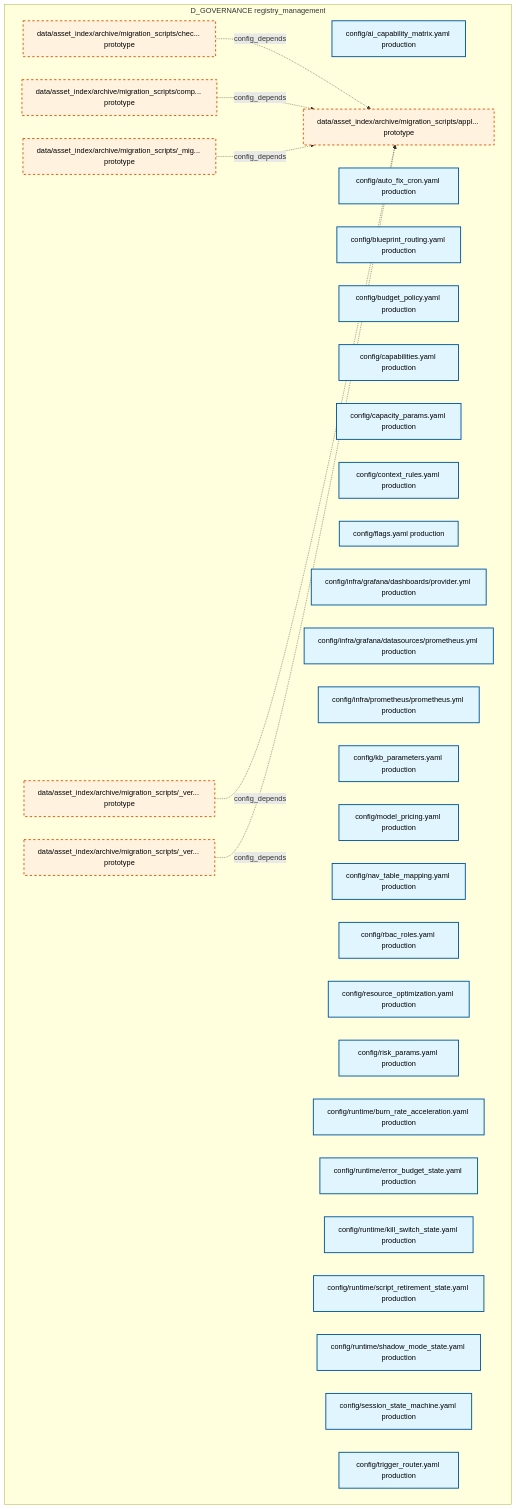
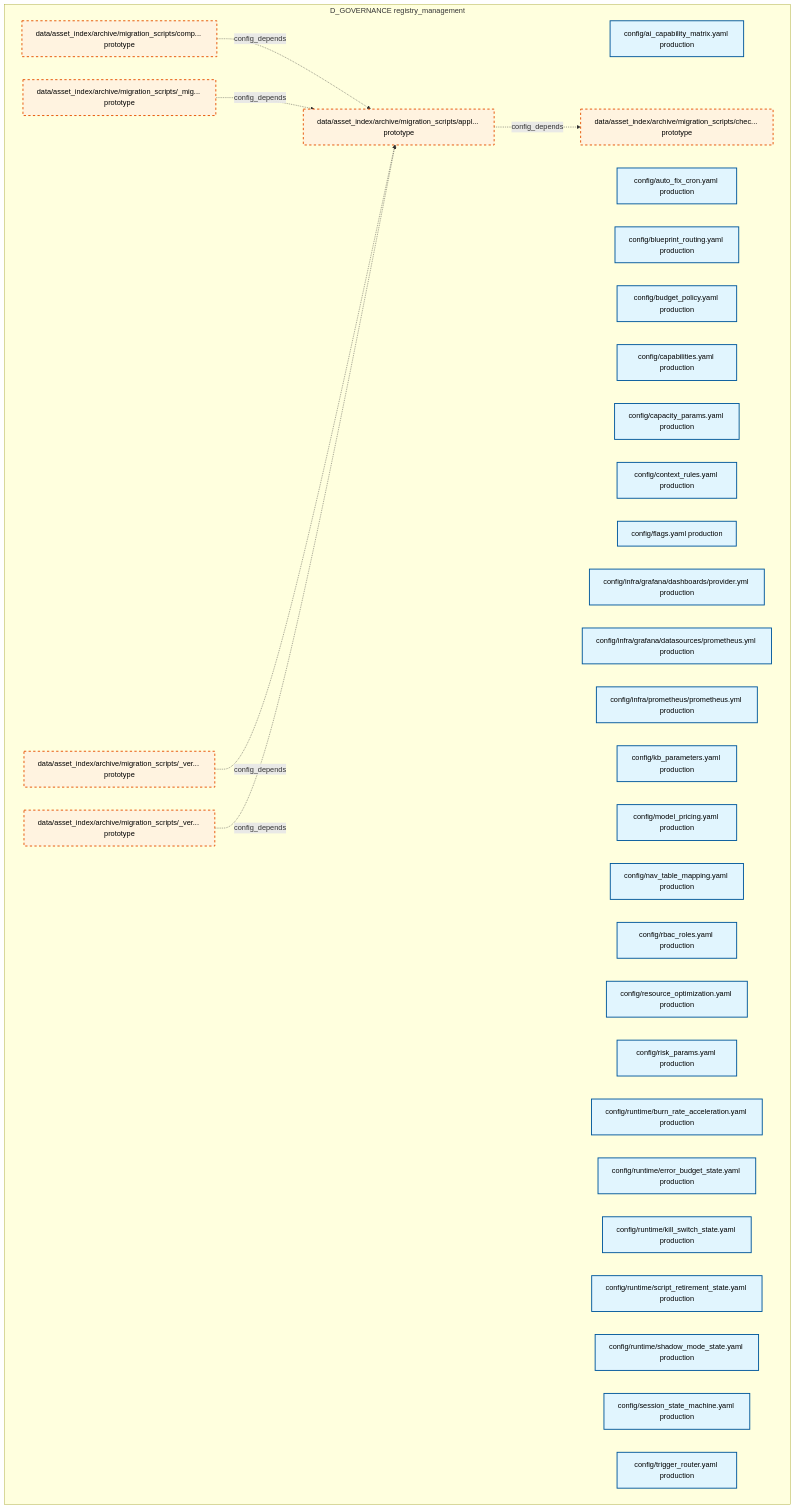
Before and after one commit to xuanFelixVan/ZephyrAlpha: the first of 29 diagrams in docs/02_enterprise_architecture/02_domain_architecture_docs/31_d_governance.md, drawn with Mermaid. The commit also changed other lines of this file and 85 other files, not shown here.

````diff
--- a/docs/02_enterprise_architecture/02_domain_architecture_docs/31_d_governance.md
+++ b/docs/02_enterprise_architecture/02_domain_architecture_docs/31_d_governance.md
@@ -49,46 +49,46 @@
 ```mermaid
 graph TD
     subgraph D_GOVERNANCE["D_GOVERNANCE registry_management"]
         config_ai_capability_matrix_yaml["config/ai_capability_matrix.yaml production"]
         config_auto_fix_cron_yaml["config/auto_fix_cron.yaml production"]
         config_blueprint_routing_yaml["config/blueprint_routing.yaml production"]
         config_budget_policy_yaml["config/budget_policy.yaml production"]
         config_capabilities_yaml["config/capabilities.yaml production"]
         config_capacity_params_yaml["config/capacity_params.yaml production"]
         config_context_rules_yaml["config/context_rules.yaml production"]
         config_flags_yaml["config/flags.yaml production"]
         config_infra_grafana_dashboards_provider_yml["config/infra/grafana/dashboards/provider.yml production"]
         config_infra_grafana_datasources_prometheus_yml["config/infra/grafana/datasources/prometheus.yml production"]
         config_infra_prometheus_prometheus_yml["config/infra/prometheus/prometheus.yml production"]
         config_kb_parameters_yaml["config/kb_parameters.yaml production"]
         config_model_pricing_yaml["config/model_pricing.yaml production"]
         config_nav_table_mapping_yaml["config/nav_table_mapping.yaml production"]
         config_rbac_roles_yaml["config/rbac_roles.yaml production"]
         config_resource_optimization_yaml["config/resource_optimization.yaml production"]
         config_risk_params_yaml["config/risk_params.yaml production"]
         config_runtime_burn_rate_acceleration_yaml["config/runtime/burn_rate_acceleration.yaml production"]
         config_runtime_error_budget_state_yaml["config/runtime/error_budget_state.yaml production"]
         config_runtime_kill_switch_state_yaml["config/runtime/kill_switch_state.yaml production"]
         config_runtime_script_retirement_state_yaml["config/runtime/script_retirement_state.yaml production"]
         config_runtime_shadow_mode_state_yaml["config/runtime/shadow_mode_state.yaml production"]
         config_session_state_machine_yaml["config/session_state_machine.yaml production"]
         config_trigger_router_yaml["config/trigger_router.yaml production"]
         data_asset_index_archive_migration_scripts_migration_shared_py["data/asset_index/archive/migration_scripts/_mig... prototype"]
         data_asset_index_archive_migration_scripts_verify_manifest_py["data/asset_index/archive/migration_scripts/_ver... prototype"]
         data_asset_index_archive_migration_scripts_verify_step4_py["data/asset_index/archive/migration_scripts/_ver... prototype"]
         data_asset_index_archive_migration_scripts_apply_rulings_py["data/asset_index/archive/migration_scripts/appl... prototype"]
         data_asset_index_archive_migration_scripts_check_coverage_py["data/asset_index/archive/migration_scripts/chec... prototype"]
         data_asset_index_archive_migration_scripts_comprehensive_import_fix_py["data/asset_index/archive/migration_scripts/comp... prototype"]
     end
-    data_asset_index_archive_migration_scripts_check_coverage_py -.->|config_depends| data_asset_index_archive_migration_scripts_apply_rulings_py
+    data_asset_index_archive_migration_scripts_apply_rulings_py -.->|config_depends| data_asset_index_archive_migration_scripts_check_coverage_py
     data_asset_index_archive_migration_scripts_comprehensive_import_fix_py -.->|config_depends| data_asset_index_archive_migration_scripts_apply_rulings_py
     data_asset_index_archive_migration_scripts_migration_shared_py -.->|config_depends| data_asset_index_archive_migration_scripts_apply_rulings_py
+    data_asset_index_archive_migration_scripts_verify_manifest_py -.->|config_depends| data_asset_index_archive_migration_scripts_apply_rulings_py
     data_asset_index_archive_migration_scripts_verify_step4_py -.->|config_depends| data_asset_index_archive_migration_scripts_apply_rulings_py
-    data_asset_index_archive_migration_scripts_verify_manifest_py -.->|config_depends| data_asset_index_archive_migration_scripts_apply_rulings_py
     classDef production fill:#e1f5fe,stroke:#01579b,stroke-width:2px,color:#000
     classDef design fill:#fff3e0,stroke:#e65100,stroke-width:2px,color:#000,stroke-dasharray: 5 5
     classDef external_prod fill:#e8f5e9,stroke:#1b5e20,stroke-width:1px,color:#000
     classDef external_design fill:#fce4ec,stroke:#880e4f,stroke-width:1px,color:#000,stroke-dasharray: 5 5
     class config_ai_capability_matrix_yaml,config_auto_fix_cron_yaml,config_blueprint_routing_yaml,config_budget_policy_yaml,config_capabilities_yaml,config_capacity_params_yaml,config_context_rules_yaml,config_flags_yaml,config_infra_grafana_dashboards_provider_yml,config_infra_grafana_datasources_prometheus_yml,config_infra_prometheus_prometheus_yml,config_kb_parameters_yaml,config_model_pricing_yaml,config_nav_table_mapping_yaml,config_rbac_roles_yaml,config_resource_optimization_yaml,config_risk_params_yaml,config_runtime_burn_rate_acceleration_yaml,config_runtime_error_budget_state_yaml,config_runtime_kill_switch_state_yaml,config_runtime_script_retirement_state_yaml,config_runtime_shadow_mode_state_yaml,config_session_state_machine_yaml,config_trigger_router_yaml production
     class data_asset_index_archive_migration_scripts_migration_shared_py,data_asset_index_archive_migration_scripts_verify_manifest_py,data_asset_index_archive_migration_scripts_verify_step4_py,data_asset_index_archive_migration_scripts_apply_rulings_py,data_asset_index_archive_migration_scripts_check_coverage_py,data_asset_index_archive_migration_scripts_comprehensive_import_fix_py design
 ```
````
